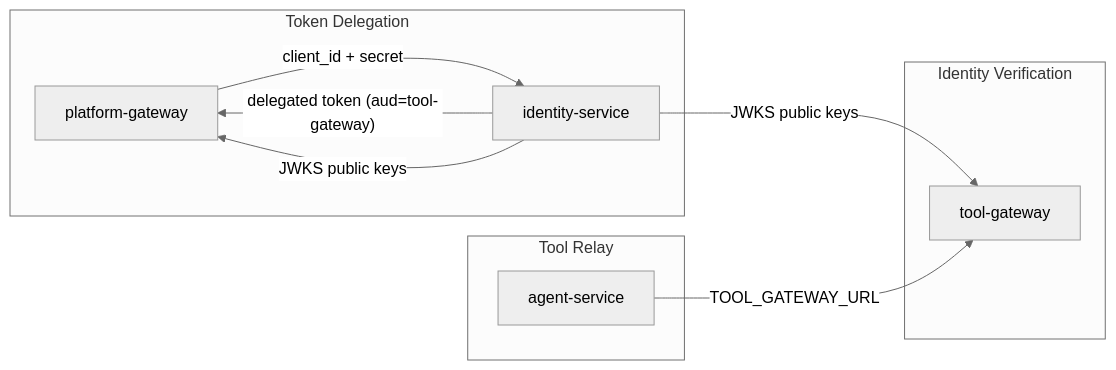
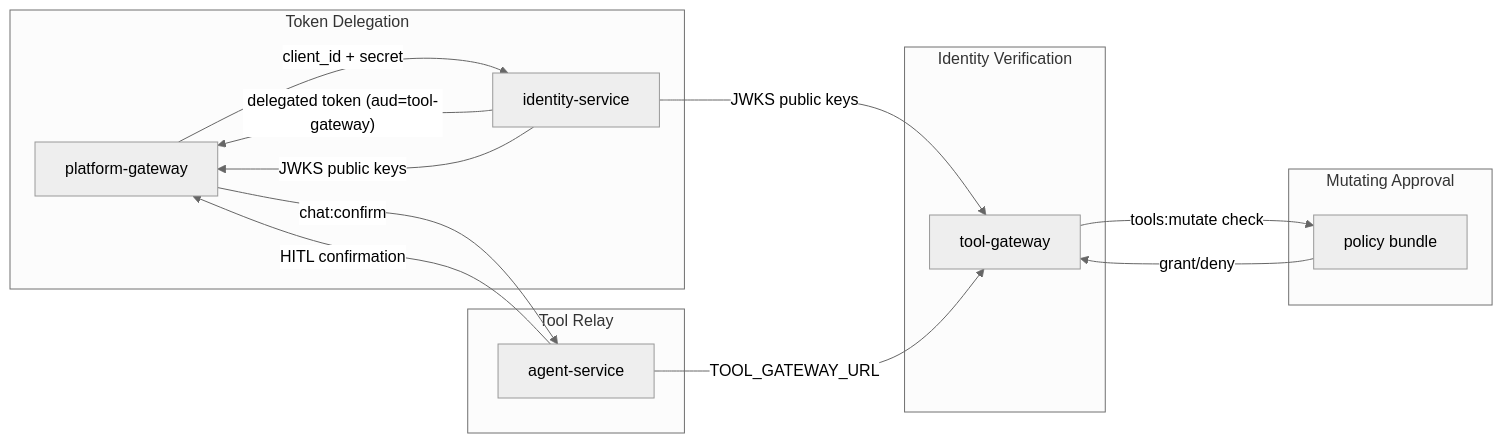
Before and after one commit to metasync/luban-aiops: the eighth of 8 diagrams in .qoder/repowiki/en/content/Deployment and Operations/Operator Guide Suite.md, drawn with Mermaid (neutral theme). The commit also changed other lines of this file and 43 other files, not shown here.

````diff
--- a/.qoder/repowiki/en/content/Deployment and Operations/Operator Guide Suite.md
+++ b/.qoder/repowiki/en/content/Deployment and Operations/Operator Guide Suite.md
@@ -291,14 +375,20 @@
 ```mermaid
 graph LR
 subgraph "Token Delegation"
 PG["platform-gateway"] -- "client_id + secret" --> IB["identity-service"]
 IB -- "delegated token (aud=tool-gateway)" --> PG
 end
 subgraph "Identity Verification"
 IB -- "JWKS public keys" --> PG
 IB -- "JWKS public keys" --> TG["tool-gateway"]
 end
 subgraph "Tool Relay"
 AS["agent-service"] -- "TOOL_GATEWAY_URL" --> TG
 end
+subgraph "Mutating Approval"
+TG -- "tools:mutate check" --> PB["policy bundle"]
+AS -- "HITL confirmation" --> PG
+PB -- "grant/deny" --> TG
+PG -- "chat:confirm" --> AS
+end
 ```
````
